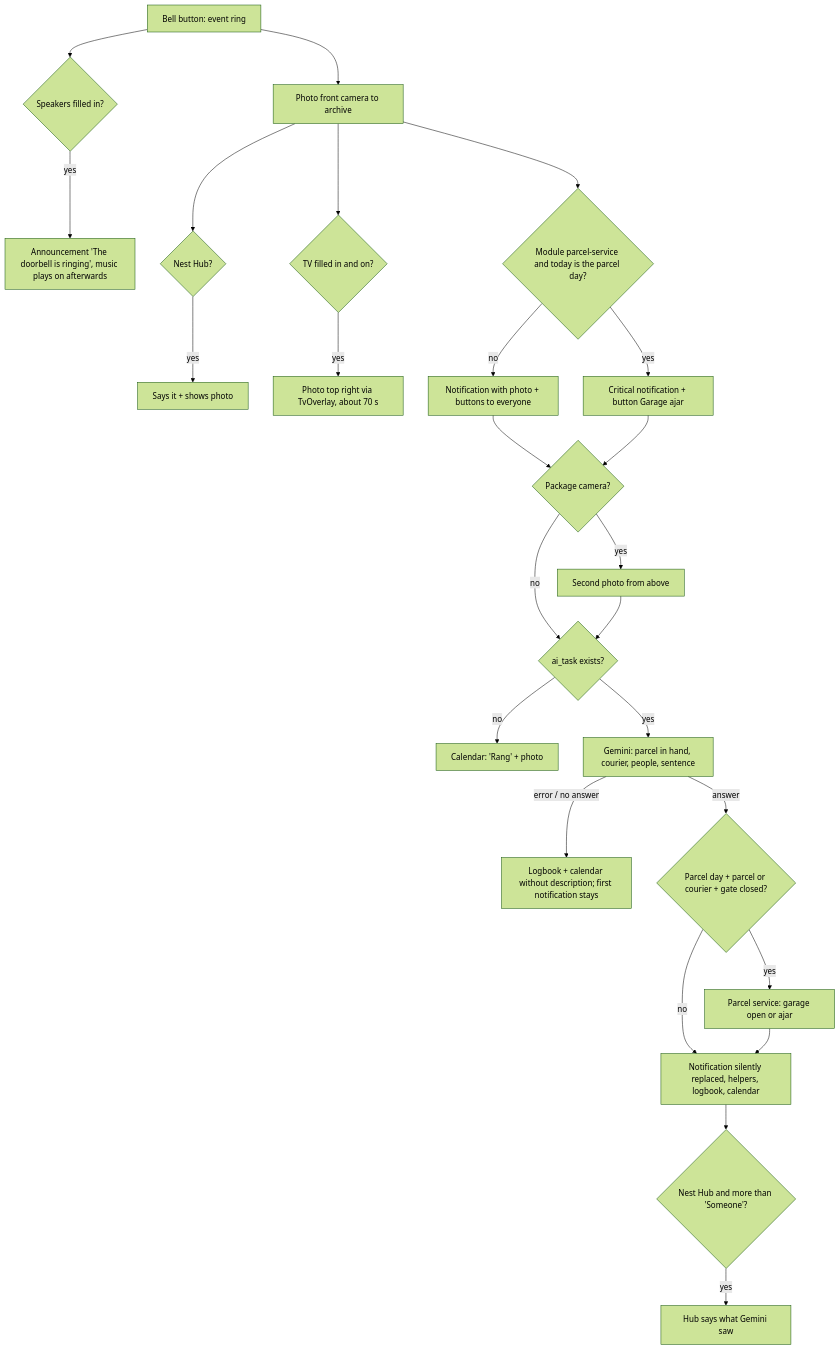
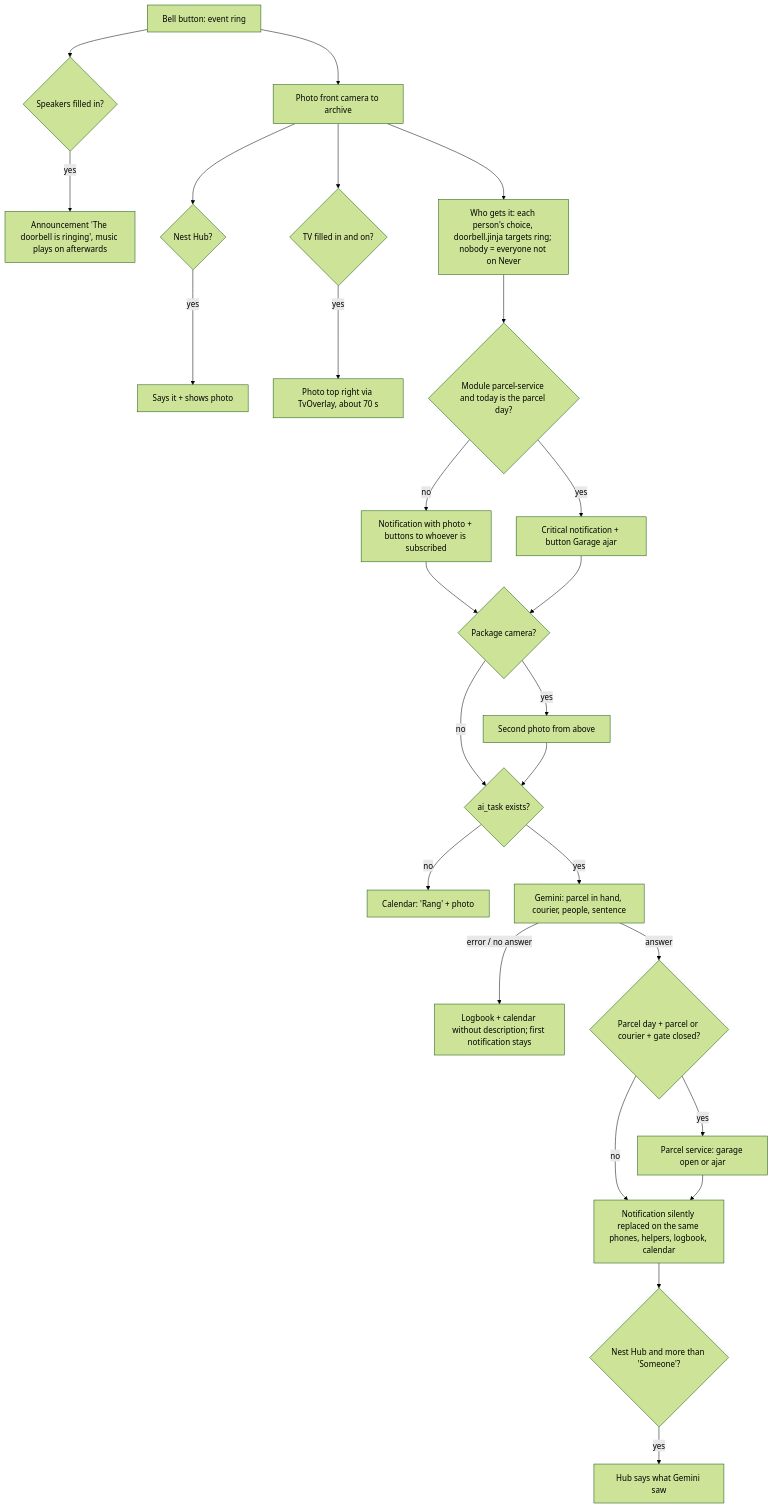
Before and after one commit to smwlms/ha-kit: the diagram in modules/doorbell/LOGIC.md, drawn with Mermaid (forest theme). The commit also changed other lines of this file and 22 other files, not shown here.

First line of the commit message:
feat(doorbell): per-person subscriptions for doorbell and parcel notifications (#2)

````diff
--- a/modules/doorbell/LOGIC.md
+++ b/modules/doorbell/LOGIC.md
@@ -9,27 +9,28 @@
 ```mermaid
 flowchart TD
   A[Bell button: event ring] --> B[Photo front camera to archive]
   A --> S{Speakers filled in?}
   S -- yes --> S1[Announcement 'The doorbell is ringing', music plays on afterwards]
   B --> H{Nest Hub?}
   H -- yes --> H1[Says it + shows photo]
   B --> T{TV filled in and on?}
   T -- yes --> T1[Photo top right via TvOverlay, about 70 s]
-  B --> P{Module parcel-service and today is the parcel day?}
-  P -- no --> M1[Notification with photo + buttons to everyone]
+  B --> W[Who gets it: each person's choice, doorbell.jinja targets ring; nobody = everyone not on Never]
+  W --> P{Module parcel-service and today is the parcel day?}
+  P -- no --> M1[Notification with photo + buttons to whoever is subscribed]
   P -- yes --> M2[Critical notification + button Garage ajar]
   M1 --> G2{Package camera?}
   M2 --> G2
   G2 -- yes --> F2[Second photo from above]
   G2 -- no --> AI
   F2 --> AI{ai_task exists?}
   AI -- no --> K0[Calendar: 'Rang' + photo]
   AI -- yes --> G[Gemini: parcel in hand, courier, people, sentence]
   G -- error / no answer --> K1[Logbook + calendar without description; first notification stays]
   G -- answer --> D{Parcel day + parcel or courier + gate closed?}
   D -- yes --> O[Parcel service: garage open or ajar]
   D -- no --> V
-  O --> V[Notification silently replaced, helpers, logbook, calendar]
+  O --> V[Notification silently replaced on the same phones, helpers, logbook, calendar]
   V --> H2{Nest Hub and more than 'Someone'?}
   H2 -- yes --> H3[Hub says what Gemini saw]
 ```
````
